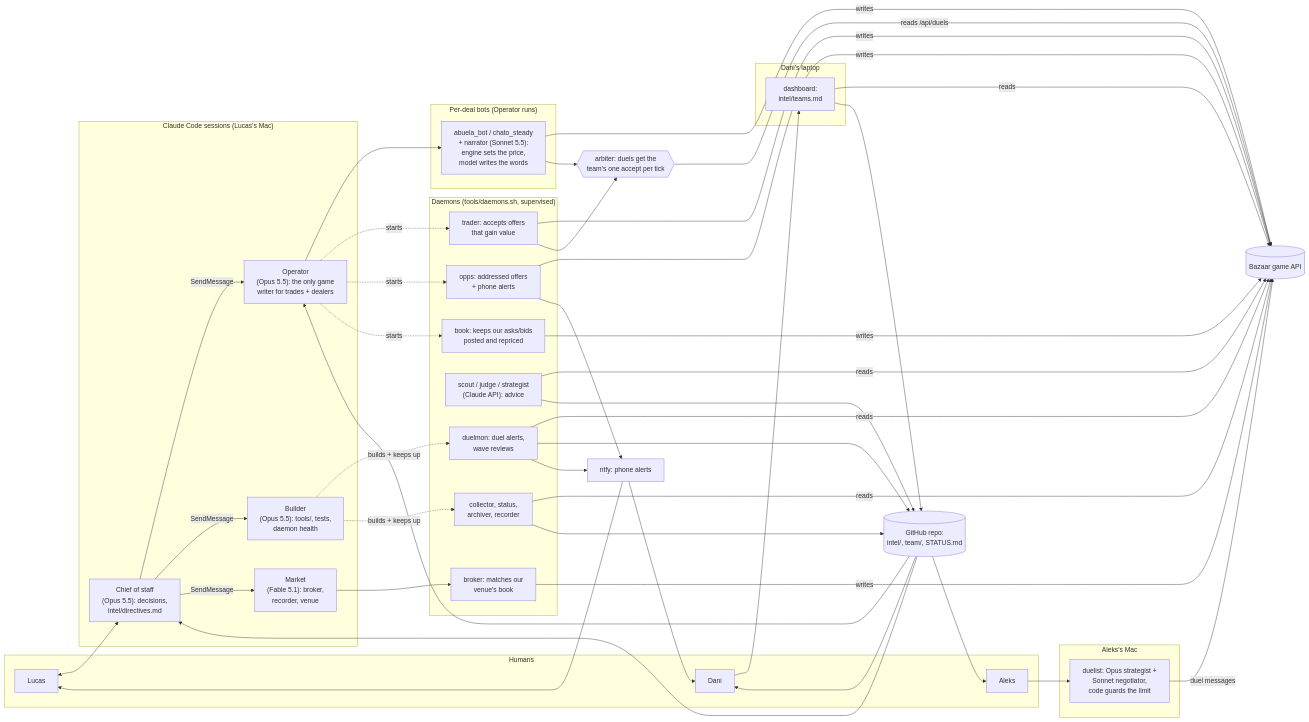
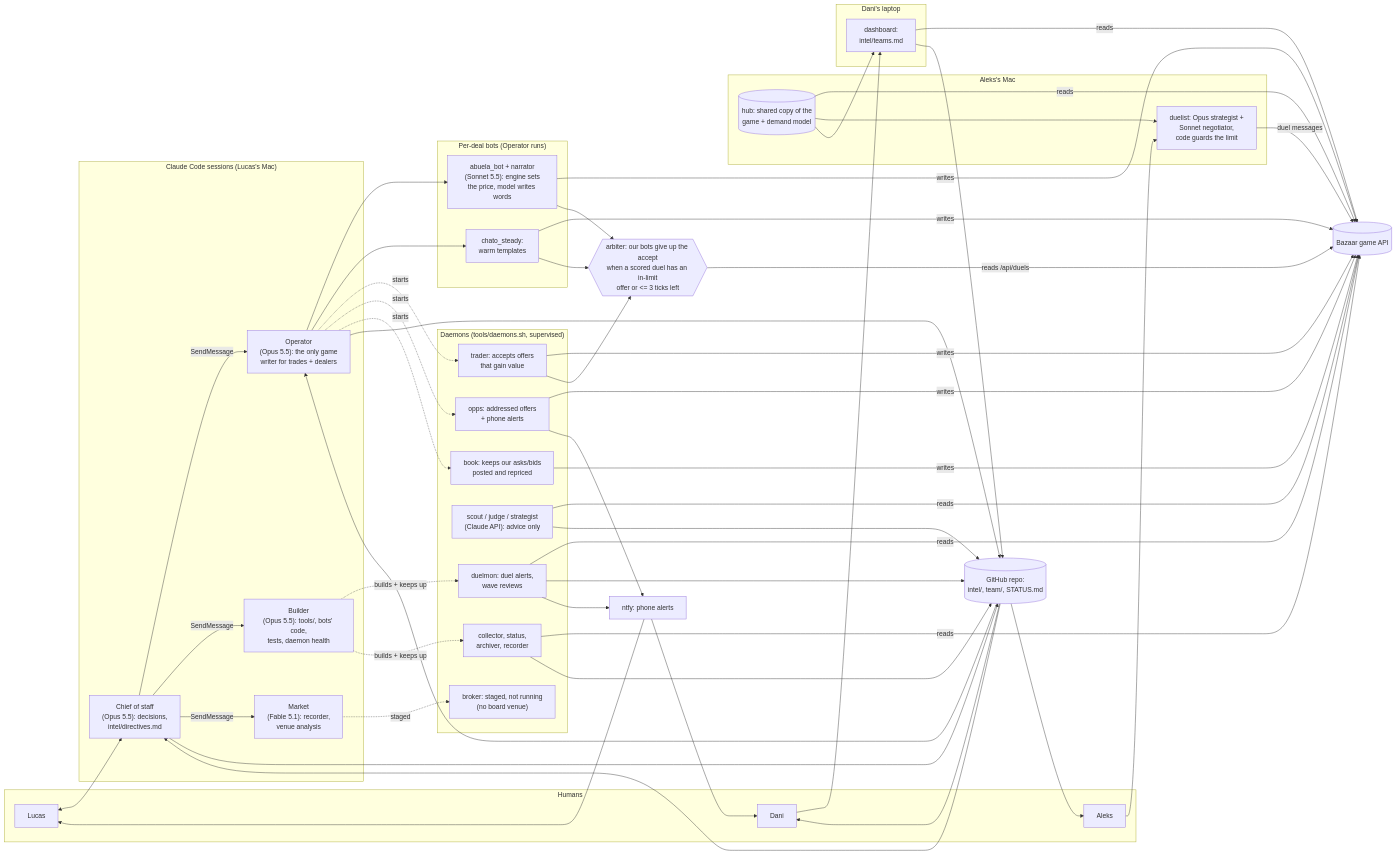
Before and after one commit to alxvar/claude-hackathon-team-5: the diagram in docs/judges/facts.md, drawn with Mermaid. The commit also changed other lines of this file and 2 other files, not shown here.

Commit message:
auto (Lucas Wiese): docs/judges/facts.md intel/metrics.md intel/opportunities.md

````diff
--- a/docs/judges/facts.md
+++ b/docs/judges/facts.md
@@ -79,60 +82,63 @@
 ```mermaid
 flowchart LR
   subgraph Humans
     L[Lucas]
     A[Aleks]
     D[Dani]
   end
 
   subgraph Sessions["Claude Code sessions (Lucas's Mac)"]
     C["Chief of staff<br/>(Opus 5.5): decisions,<br/>intel/directives.md"]
     O["Operator<br/>(Opus 5.5): the only game<br/>writer for trades + dealers"]
-    B["Builder<br/>(Opus 5.5): tools/, tests,<br/>daemon health"]
-    M["Market<br/>(Fable 5.1): broker,<br/>recorder, venue"]
+    B["Builder<br/>(Opus 5.5): tools/, bots' code,<br/>tests, daemon health"]
+    M["Market<br/>(Fable 5.1): recorder,<br/>venue analysis"]
   end
 
   subgraph Daemons["Daemons (tools/daemons.sh, supervised)"]
     T["trader: accepts offers<br/>that gain value"]
     OP["opps: addressed offers<br/>+ phone alerts"]
     BK["book: keeps our asks/bids<br/>posted and repriced"]
-    AN["scout / judge / strategist<br/>(Claude API): advice"]
+    AN["scout / judge / strategist<br/>(Claude API): advice only"]
     DM["duelmon: duel alerts,<br/>wave reviews"]
     CO["collector, status,<br/>archiver, recorder"]
-    BR["broker: matches our<br/>venue's book"]
+    BR["broker: staged, not running<br/>(no board venue)"]
   end
 
   subgraph Bots["Per-deal bots (Operator runs)"]
-    AB["abuela_bot / chato_steady<br/>+ narrator (Sonnet 5.5):<br/>engine sets the price,<br/>model writes the words"]
+    AB["abuela_bot + narrator<br/>(Sonnet 5.5): engine sets<br/>the price, model writes words"]
+    CH["chato_steady:<br/>warm templates"]
   end
 
   subgraph AleksMac["Aleks's Mac"]
     DU["duelist: Opus strategist +<br/>Sonnet negotiator,<br/>code guards the limit"]
+    HUB[("hub: shared copy of the<br/>game + demand model")]
   end
 
   subgraph DaniPC["Dani's laptop"]
     DB["dashboard:<br/>intel/teams.md"]
   end
 
   G[("Bazaar game API")]
   GH[("GitHub repo:<br/>intel/, team/, STATUS.md")]
   N["ntfy: phone alerts"]
-  ARB{{"arbiter: duels get the<br/>team's one accept per tick"}}
+  ARB{{"arbiter: our bots give up the accept<br/>when a scored duel has an in-limit<br/>offer or <= 3 ticks left"}}
 
   L <--> C
   C -->|SendMessage| O & B & M
-  O --> AB
+  O --> AB & CH
   O -. starts .-> T & OP & BK
-  M --> BR
+  M -. staged .-> BR
   B -. builds + keeps up .-> DM & CO
-  T & OP & BK & AB & BR -->|writes| G
+  T & OP & BK & AB & CH -->|writes| G
   DU -->|duel messages| G
-  T & AB --> ARB
+  T & AB & CH --> ARB
   ARB -->|reads /api/duels| G
-  CO & DM & AN & DB -->|reads| G
-  CO & AN & DM & DB --> GH
+  CO & DM & AN & DB & HUB -->|reads| G
+  HUB --> DU & DB
+  C & O & CO & AN & DM & DB --> GH
   OP & DM --> N
   N --> L & D
   A --> DU
   D --> DB
   GH --> C & O & A & D
 ```
````
